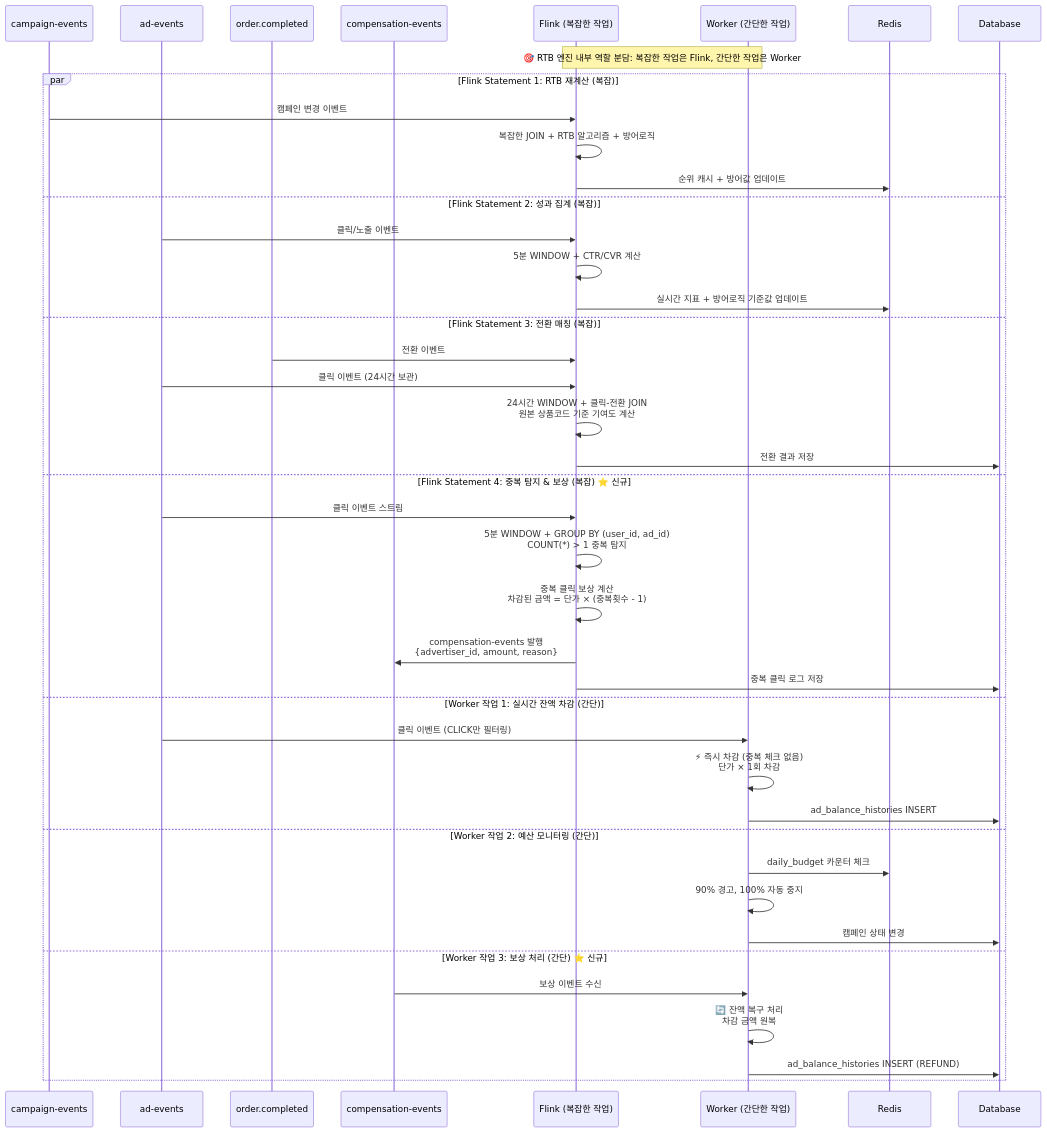
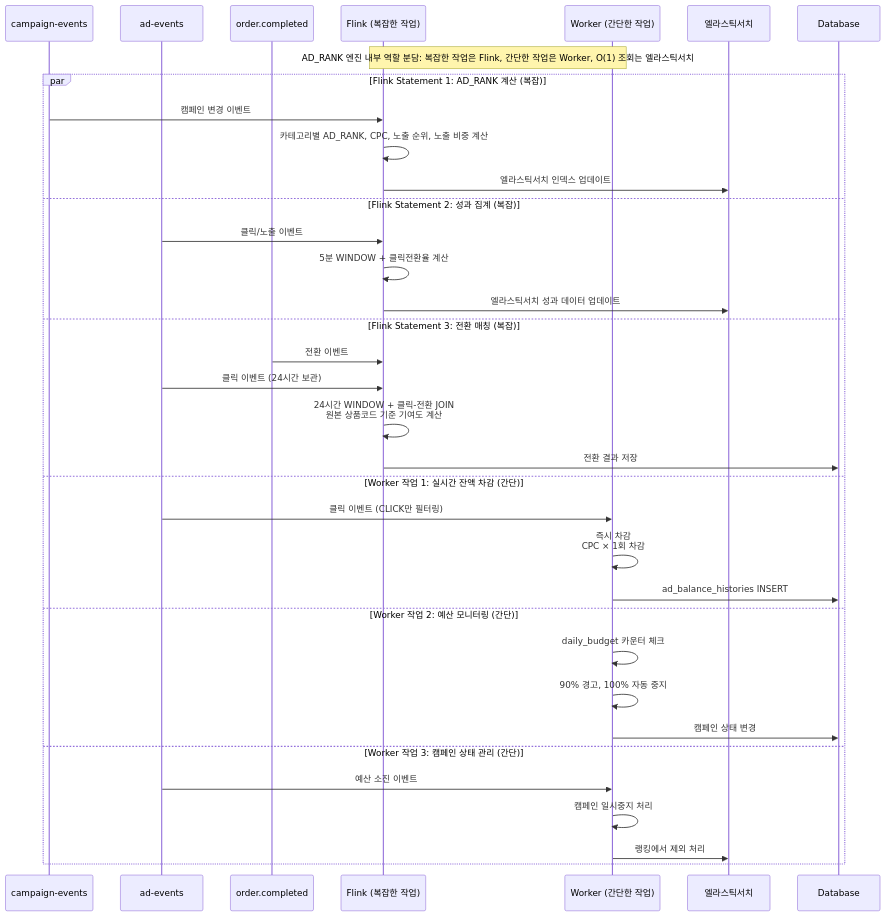
One commit to smk692/advertisement-project changed the fifth of 6 diagrams in docs/2. 설계/2-2. 아키텍처.md. Above: the diagram before and after it, drawn with Mermaid. The commit also changed other lines of this file and 15 other files, not shown here.

````diff
--- a/docs/2. 설계/2-2. 아키텍처.md
+++ b/docs/2. 설계/2-2. 아키텍처.md
@@ -253,46 +264,39 @@
 ```mermaid
 sequenceDiagram
     participant K1 as campaign-events
     participant K2 as ad-events  
     participant K3 as order.completed
-    participant K4 as compensation-events
     participant F as Flink (복잡한 작업)
     participant W as Worker (간단한 작업)
-    participant R as Redis
+    participant ES as 엘라스틱서치
     participant DB as Database
     
-    Note over F,W: 🎯 RTB 엔진 내부 역할 분담: 복잡한 작업은 Flink, 간단한 작업은 Worker
+    Note over F,W: AD_RANK 엔진 내부 역할 분담: 복잡한 작업은 Flink, 간단한 작업은 Worker, O(1) 조회는 엘라스틱서치
     
-    par Flink Statement 1: RTB 재계산 (복잡)
+    par Flink Statement 1: AD_RANK 계산 (복잡)
         K1->>F: 캠페인 변경 이벤트
-        F->>F: 복잡한 JOIN + RTB 알고리즘 + 방어로직
-        F->>R: 순위 캐시 + 방어값 업데이트
+        F->>F: 카테고리별 AD_RANK, CPC, 노출 순위, 노출 비중 계산
+        F->>ES: 엘라스틱서치 인덱스 업데이트
     and Flink Statement 2: 성과 집계 (복잡)
         K2->>F: 클릭/노출 이벤트
-        F->>F: 5분 WINDOW + CTR/CVR 계산
-        F->>R: 실시간 지표 + 방어로직 기준값 업데이트
+        F->>F: 5분 WINDOW + 클릭전환율 계산
+        F->>ES: 엘라스틱서치 성과 데이터 업데이트
     and Flink Statement 3: 전환 매칭 (복잡)
         K3->>F: 전환 이벤트  
         K2->>F: 클릭 이벤트 (24시간 보관)
         F->>F: 24시간 WINDOW + 클릭-전환 JOIN<br/>원본 상품코드 기준 기여도 계산
         F->>DB: 전환 결과 저장
-    and Flink Statement 4: 중복 탐지 & 보상 (복잡) ⭐ 신규
-        K2->>F: 클릭 이벤트 스트림
-        F->>F: 5분 WINDOW + GROUP BY (user_id, ad_id)<br/>COUNT(*) > 1 중복 탐지
-        F->>F: 중복 클릭 보상 계산<br/>차감된 금액 = 단가 × (중복횟수 - 1)
-        F->>K4: compensation-events 발행<br/>{advertiser_id, amount, reason}
-        F->>DB: 중복 클릭 로그 저장
     and Worker 작업 1: 실시간 잔액 차감 (간단)
         K2->>W: 클릭 이벤트 (CLICK만 필터링)
-        W->>W: ⚡ 즉시 차감 (중복 체크 없음)<br/>단가 × 1회 차감
+        W->>W: 즉시 차감<br/>CPC × 1회 차감
         W->>DB: ad_balance_histories INSERT
     and Worker 작업 2: 예산 모니터링 (간단)
-        W->>R: daily_budget 카운터 체크
+        W->>W: daily_budget 카운터 체크
         W->>W: 90% 경고, 100% 자동 중지
         W->>DB: 캠페인 상태 변경
-    and Worker 작업 3: 보상 처리 (간단) ⭐ 신규
-        K4->>W: 보상 이벤트 수신
-        W->>W: 🔄 잔액 복구 처리<br/>차감 금액 원복
-        W->>DB: ad_balance_histories INSERT (REFUND)
+    and Worker 작업 3: 캠페인 상태 관리 (간단)
+        K2->>W: 예산 소진 이벤트
+        W->>W: 캠페인 일시중지 처리
+        W->>ES: 랭킹에서 제외 처리
     end
 ```
````
